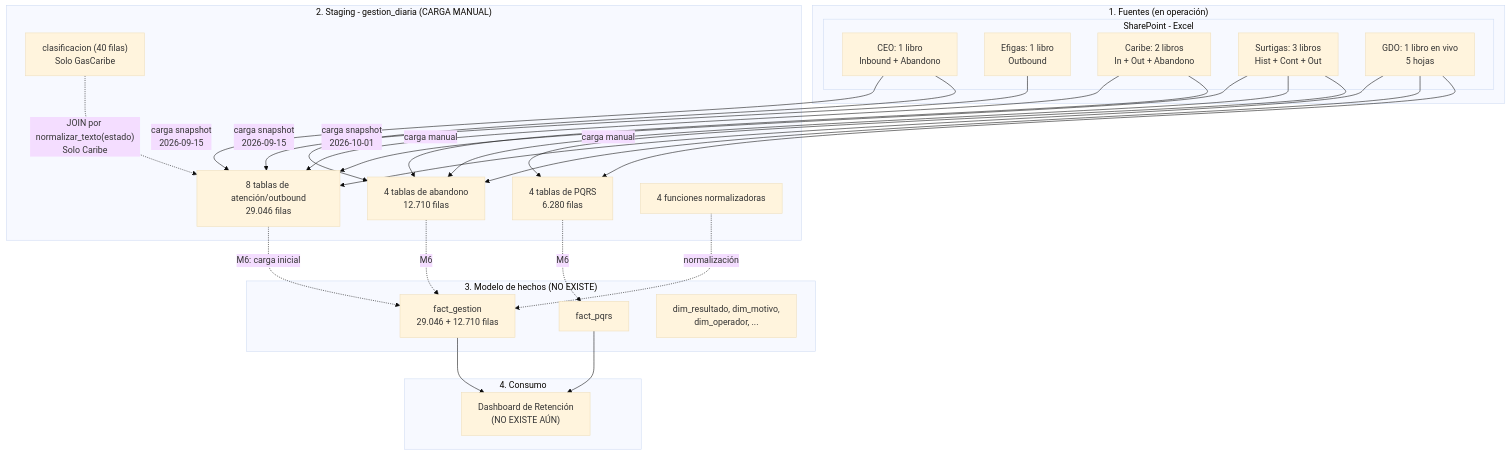
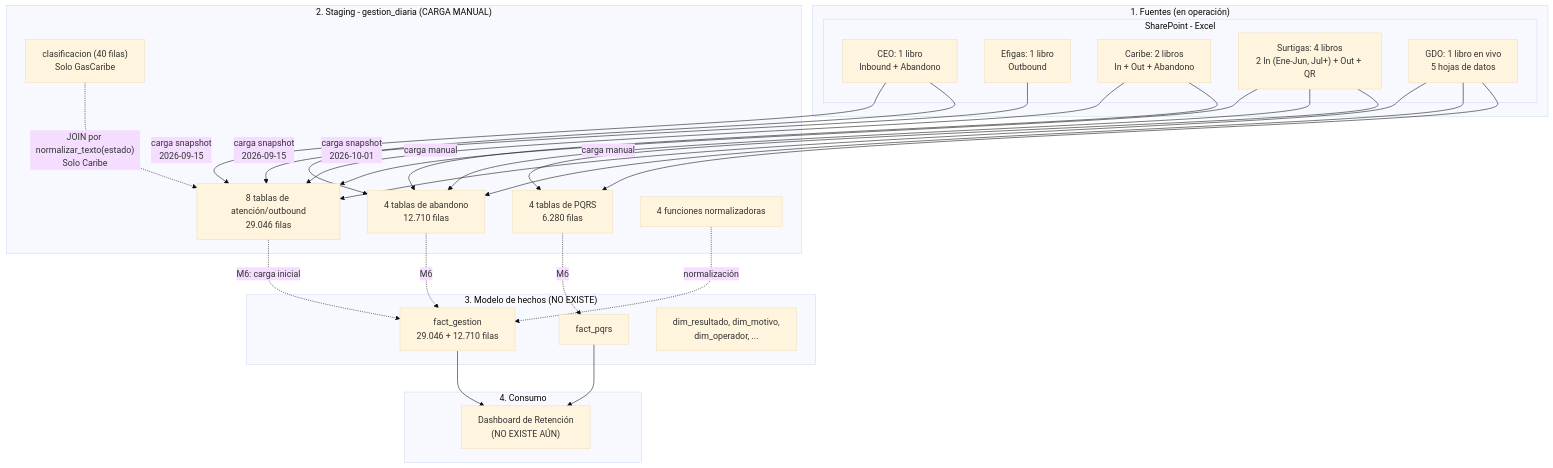
One commit to SamuelM06/Reporte_Gestion_Diaria_Promigas changed the first of 2 diagrams in context/Analisis/08_Flujo_De_Datos.md. Above: the diagram before and after it, drawn with Mermaid (base theme). The commit also changed other lines of this file and 11 other files, not shown here.

````diff
--- a/context/Analisis/08_Flujo_De_Datos.md
+++ b/context/Analisis/08_Flujo_De_Datos.md
@@ -15,50 +20,50 @@
 ```mermaid
 flowchart TD
     subgraph Fuentes["1. Fuentes (en operación)"]
         subgraph SP["SharePoint - Excel"]
             X_CEO["CEO: 1 libro<br/>Inbound + Abandono"]
             X_EFI["Efigas: 1 libro<br/>Outbound"]
             X_CAR["Caribe: 2 libros<br/>In + Out + Abandono"]
-            X_SUR["Surtigas: 3 libros<br/>Hist + Cont + Out"]
-            X_GDO["GDO: 1 libro en vivo<br/>5 hojas"]
+            X_SUR["Surtigas: 4 libros<br/>2 In (Ene-Jun, Jul+) + Out + QR"]
+            X_GDO["GDO: 1 libro en vivo<br/>5 hojas de datos"]
         end
     end
 
     subgraph Staging["2. Staging - gestion_diaria (CARGA MANUAL)"]
         G1["8 tablas de atención/outbound<br/>29.046 filas"]
         G2["4 tablas de abandono<br/>12.710 filas"]
         G3["4 tablas de PQRS<br/>6.280 filas"]
         G4["clasificacion (40 filas)<br/>Solo GasCaribe"]
         G5["4 funciones normalizadoras"]
     end
 
     subgraph Modelo["3. Modelo de hechos (NO EXISTE)"]
         M1["fact_gestion<br/>29.046 + 12.710 filas"]
         M2["fact_pqrs"]
         M3["dim_resultado, dim_motivo,<br/>dim_operador, ..."]
     end
 
     subgraph Consumo["4. Consumo"]
         D1["Dashboard de Retención<br/>(NO EXISTE AÚN)"]
     end
 
     X_CEO -->|"carga snapshot<br/>2026-09-15"| G1
     X_EFI -->|"carga snapshot<br/>2026-09-15"| G1
     X_CAR -->|"carga snapshot<br/>2026-10-01"| G1
     X_SUR -->|"carga manual"| G1
     X_GDO -->|"carga manual"| G1
     X_CEO --> G2
     X_CAR --> G2
     X_GDO --> G2
     X_SUR --> G2
     X_GDO --> G3
     X_SUR --> G3
 
     G4 -.->|"JOIN por normalizar_texto(estado)<br/>Solo Caribe"| G1
     G5 -.->|"normalización"| M1
     G1 -.->|"M6: carga inicial"| M1
     G2 -.->|"M6"| M1
     G3 -.->|"M6"| M2
     M1 --> D1
     M2 --> D1
 ```
````
